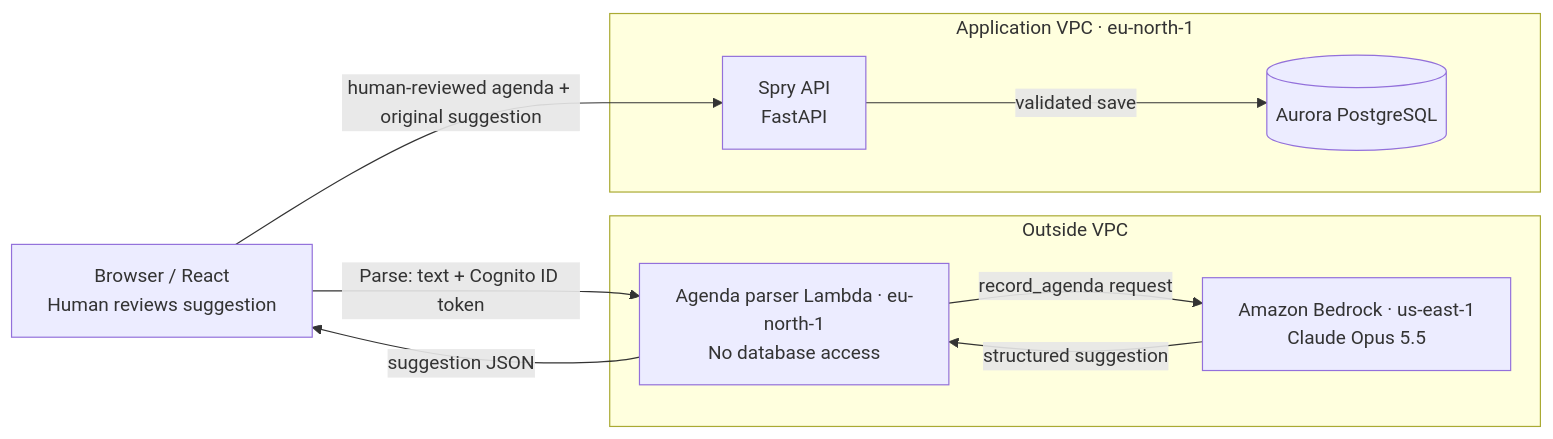
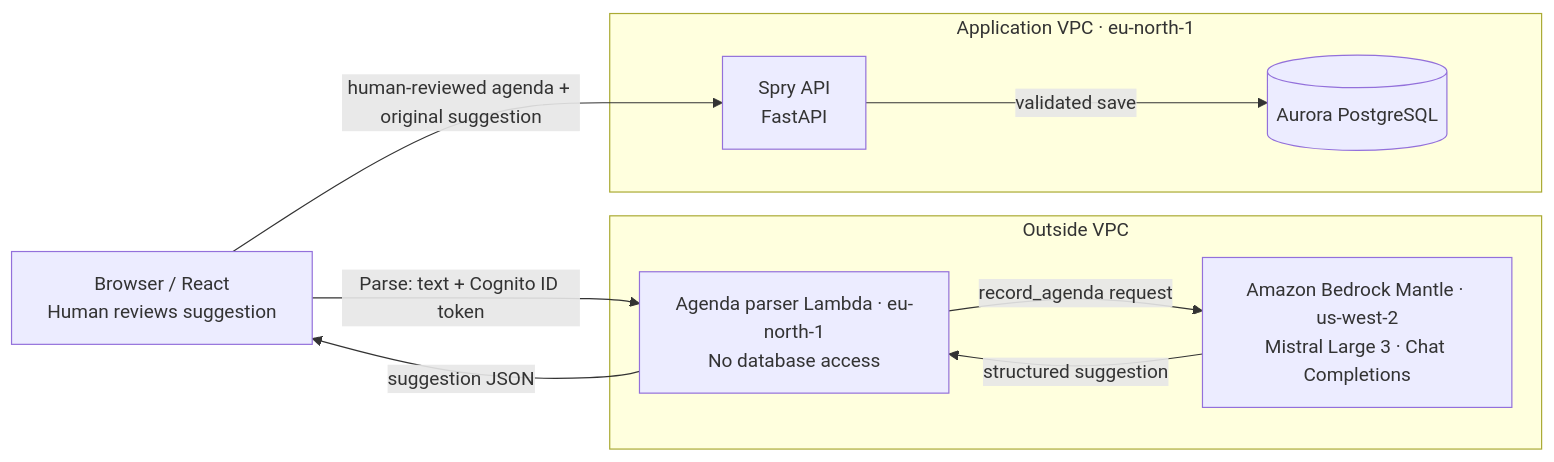
One commit to shlapakolesia/Spry changed the diagram in docs/architecture/container-diagram.md. Above: the diagram before and after it, drawn with Mermaid. The commit also changed 18 other files, not shown here.

````diff
--- a/docs/architecture/container-diagram.md
+++ b/docs/architecture/container-diagram.md
@@ -3,21 +3,21 @@
 ```mermaid
 flowchart LR
   browser[Browser / React\nHuman reviews suggestion]
 
   subgraph outside[Outside VPC]
     parser[Agenda parser Lambda · eu-north-1\nNo database access]
-    bedrock[Amazon Bedrock · us-east-1\nClaude Opus 5.5]
+    bedrock[Amazon Bedrock Mantle · us-west-2\nMistral Large 3 · Chat Completions]
   end
 
   subgraph vpc[Application VPC · eu-north-1]
     api[Spry API\nFastAPI]
     db[(Aurora PostgreSQL)]
   end
 
   browser -- "Parse: text + Cognito ID token" --> parser
   parser -- "record_agenda request" --> bedrock
   bedrock -- "structured suggestion" --> parser
   parser -- "suggestion JSON" --> browser
   browser -- "human-reviewed agenda + original suggestion" --> api
   api -- "validated save" --> db
 ```
````
